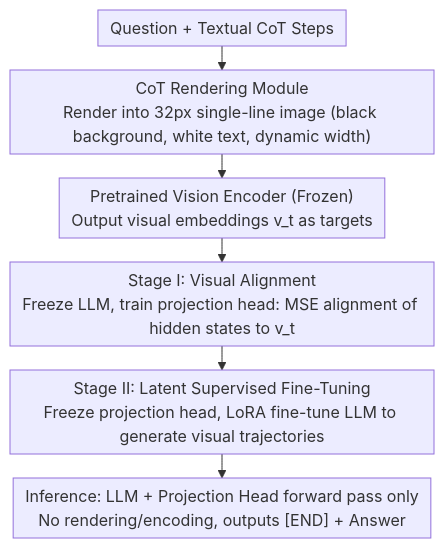
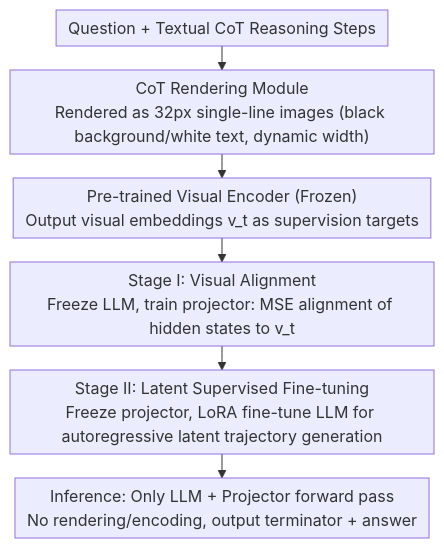
The diagram in docs/ACL2026/llm_reasoning/render-of-thought_rendering_textual_chain-of-thought_as_images_for_visual_latent.md (zhaoyang97/Paper-Notes-en), drawn with Mermaid before and after one commit. The commit also changed other lines of this file and 5084 other files, not shown here.

````diff
--- a/docs/ACL2026/llm_reasoning/render-of-thought_rendering_textual_chain-of-thought_as_images_for_visual_latent.md
+++ b/docs/ACL2026/llm_reasoning/render-of-thought_rendering_textual_chain-of-thought_as_images_for_visual_latent.md
@@ -44,9 +44,9 @@
 ```mermaid
 %%{init: {'flowchart': {'rankSpacing': 24, 'nodeSpacing': 28, 'padding': 6, 'wrappingWidth': 400}}}%%
 flowchart TD
-    Q["Question + Textual CoT Steps"] --> RENDER["CoT Rendering Module<br/>Render into 32px single-line image (black background, white text, dynamic width)"]
-    RENDER --> VENC["Pretrained Vision Encoder (Frozen)<br/>Output visual embeddings v_t as targets"]
-    VENC --> S1["Stage I: Visual Alignment<br/>Freeze LLM, train projection head: MSE alignment of hidden states to v_t"]
-    S1 --> S2["Stage II: Latent Supervised Fine-Tuning<br/>Freeze projection head, LoRA fine-tune LLM to generate visual trajectories"]
-    S2 --> INFER["Inference: LLM + Projection Head forward pass only<br/>No rendering/encoding, outputs [END] + Answer"]
+    Q["Question + Textual CoT Reasoning Steps"] --> RENDER["CoT Rendering Module<br/>Rendered as 32px single-line images (black background/white text, dynamic width)"]
+    RENDER --> VENC["Pre-trained Visual Encoder (Frozen)<br/>Output visual embeddings v_t as supervision targets"]
+    VENC --> S1["Stage I: Visual Alignment<br/>Freeze LLM, train projector: MSE alignment of hidden states to v_t"]
+    S1 --> S2["Stage II: Latent Supervised Fine-tuning<br/>Freeze projector, LoRA fine-tune LLM for autoregressive latent trajectory generation"]
+    S2 --> INFER["Inference: Only LLM + Projector forward pass<br/>No rendering/encoding, output terminator + answer"]
 ```
````
